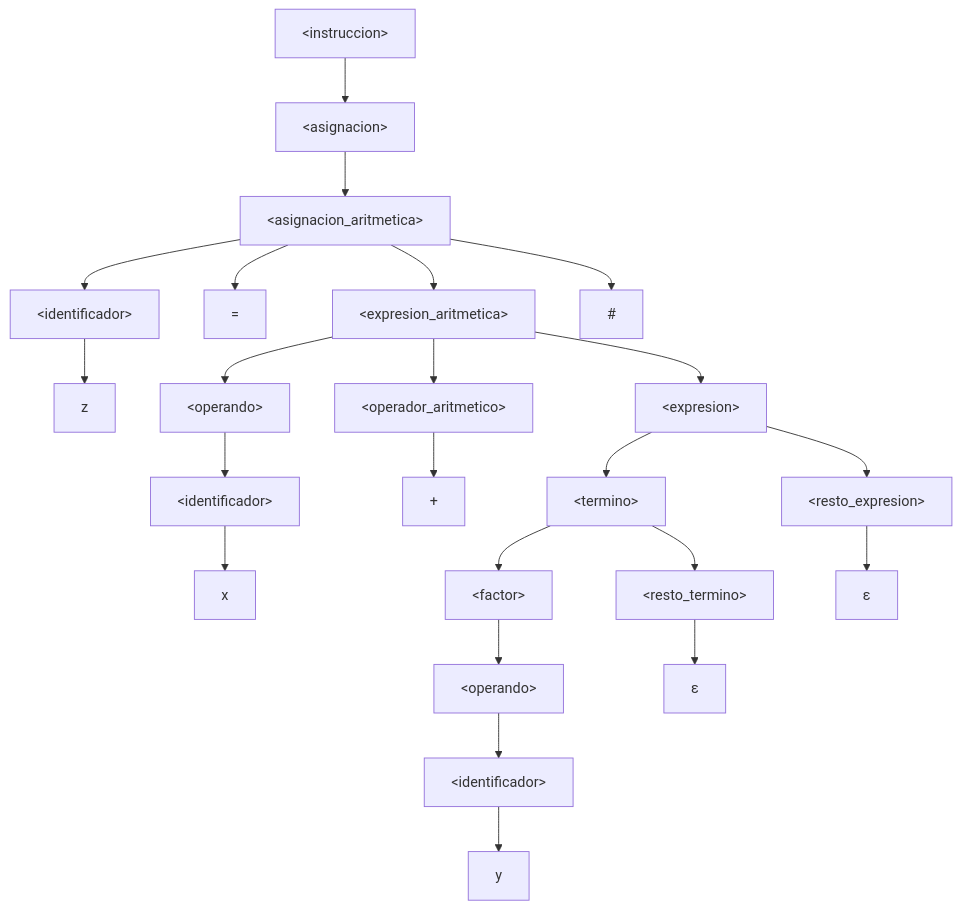
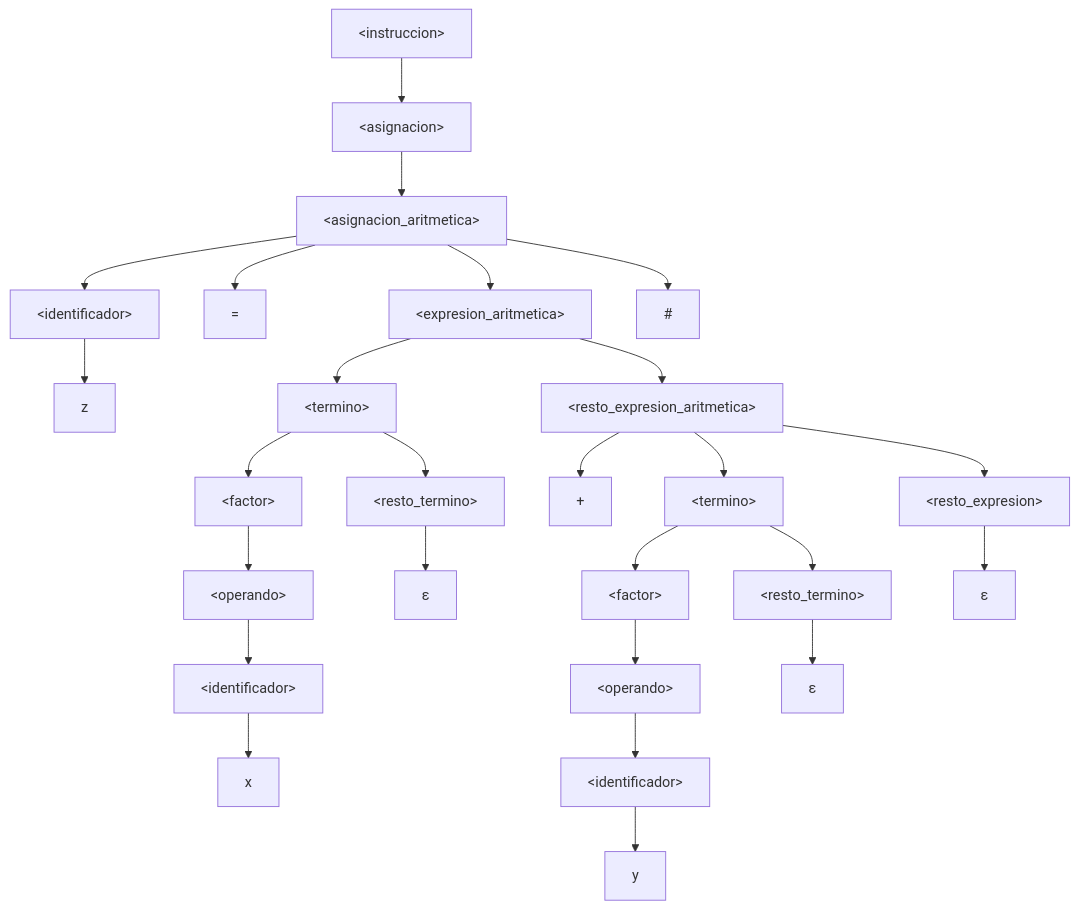
The diagram in Lab3/informe/Laboratorio_3_Informe.md (franciscobenavides876/Teoria-Laboratorios), drawn with Mermaid before and after one commit. The commit also changed other lines of this file and 5 other files, not shown here.

````diff
--- a/Lab3/informe/Laboratorio_3_Informe.md
+++ b/Lab3/informe/Laboratorio_3_Informe.md
@@ -416,48 +466,54 @@
 ```mermaid
 graph TD
   n0["&lt;instruccion&gt;"]
   n1["&lt;asignacion&gt;"]
   n2["&lt;asignacion_aritmetica&gt;"]
   n3["&lt;identificador&gt;"]
   n4["z"]
   n5["="]
   n6["&lt;expresion_aritmetica&gt;"]
-  n7["&lt;operando&gt;"]
-  n8["&lt;identificador&gt;"]
-  n9["x"]
-  n10["&lt;operador_aritmetico&gt;"]
-  n11["+"]
-  n12["&lt;expresion&gt;"]
-  n13["&lt;termino&gt;"]
-  n14["&lt;factor&gt;"]
-  n15["&lt;operando&gt;"]
-  n16["&lt;identificador&gt;"]
-  n17["y"]
-  n18["&lt;resto_termino&gt;"]
-  n19["ε"]
-  n20["&lt;resto_expresion&gt;"]
-  n21["ε"]
-  n22["#35;"]
+  n7["&lt;termino&gt;"]
+  n8["&lt;factor&gt;"]
+  n9["&lt;operando&gt;"]
+  n10["&lt;identificador&gt;"]
+  n11["x"]
+  n12["&lt;resto_termino&gt;"]
+  n13["ε"]
+  n14["&lt;resto_expresion_aritmetica&gt;"]
+  n15["+"]
+  n16["&lt;termino&gt;"]
+  n17["&lt;factor&gt;"]
+  n18["&lt;operando&gt;"]
+  n19["&lt;identificador&gt;"]
+  n20["y"]
+  n21["&lt;resto_termino&gt;"]
+  n22["ε"]
+  n23["&lt;resto_expresion&gt;"]
+  n24["ε"]
+  n25["#35;"]
   n0 --> n1
   n1 --> n2
   n2 --> n3
   n3 --> n4
   n2 --> n5
   n2 --> n6
   n6 --> n7
   n7 --> n8
   n8 --> n9
-  n6 --> n10
+  n9 --> n10
   n10 --> n11
-  n6 --> n12
+  n7 --> n12
   n12 --> n13
-  n13 --> n14
+  n6 --> n14
   n14 --> n15
-  n15 --> n16
+  n14 --> n16
   n16 --> n17
-  n13 --> n18
+  n17 --> n18
   n18 --> n19
-  n12 --> n20
-  n20 --> n21
-  n2 --> n22
+  n19 --> n20
+  n16 --> n21
+  n21 --> n22
+  n14 --> n23
+  n23 --> n24
+  n2 --> n25
 ```
````
